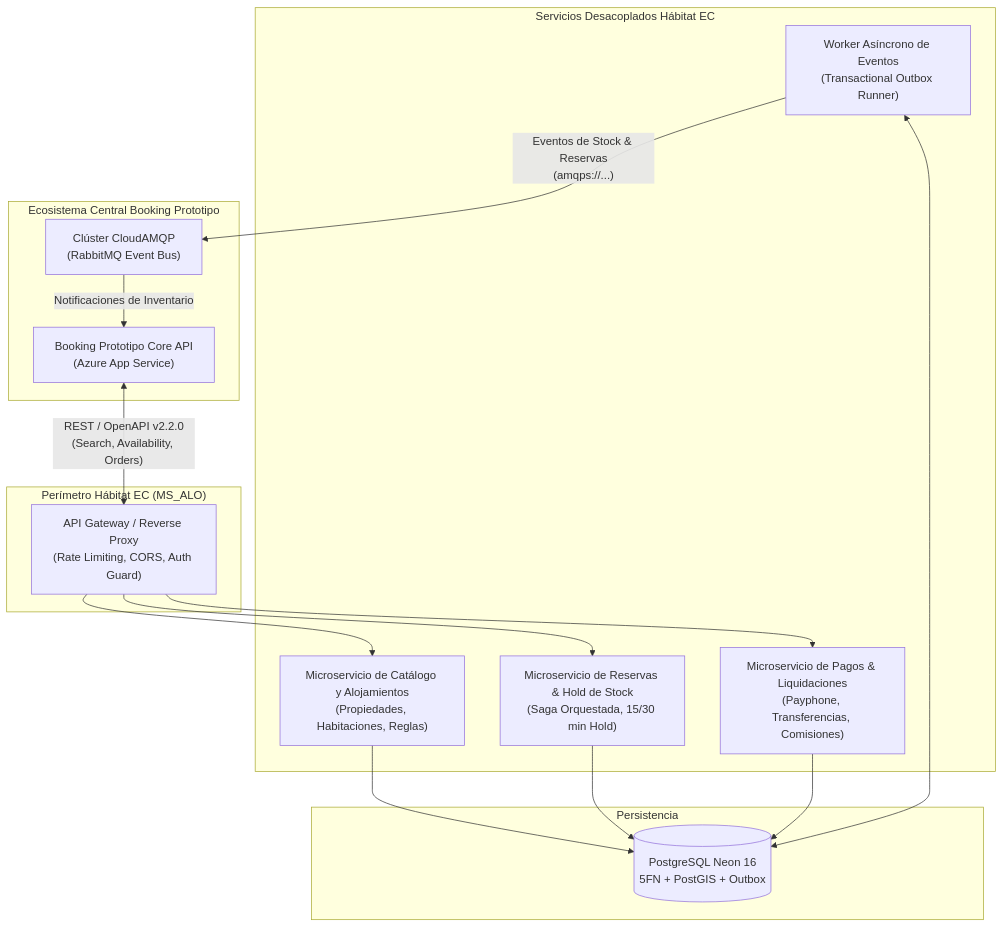
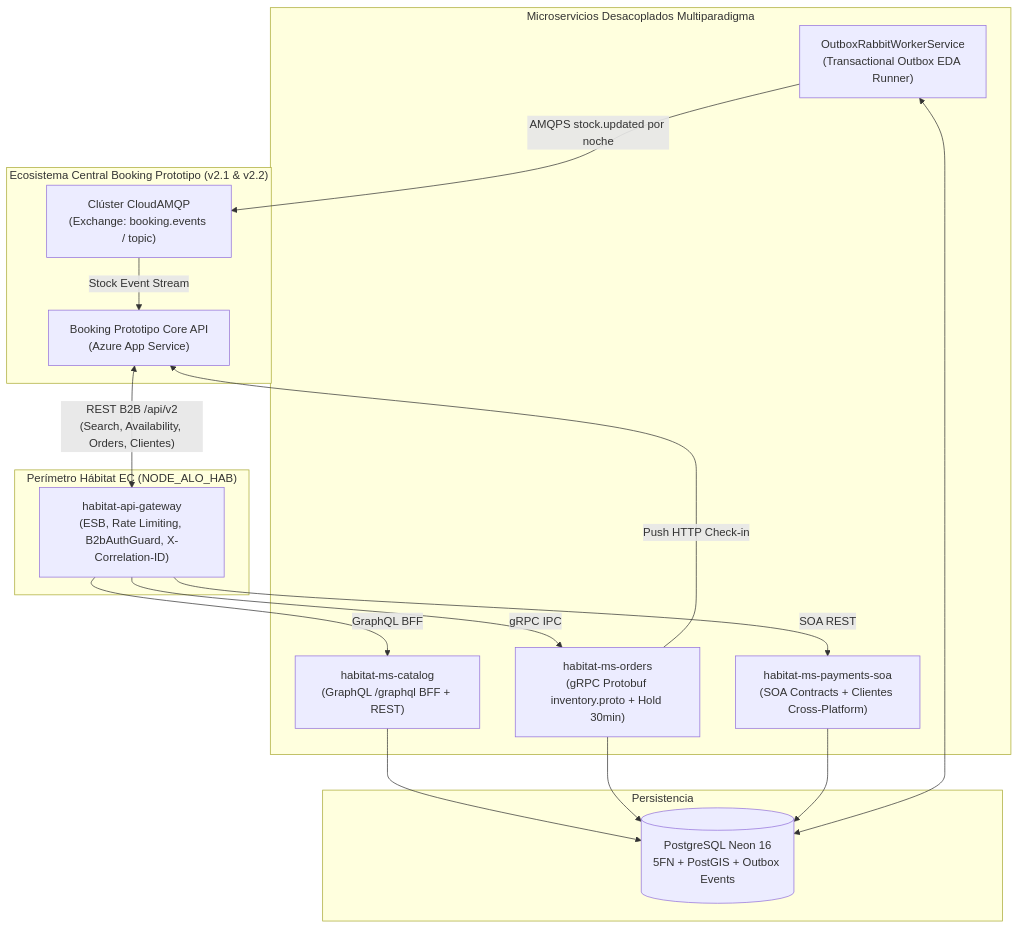
The second of 2 diagrams in docs/Roadmap_Habitat_EC.md (JArguelloC/habitat-ec), drawn with Mermaid before and after one commit. The commit also changed other lines of this file, not shown here.

Commit message:
docs(roadmap): update Reto 2 status to 100% certified with all B2B microservices and Azure deployment

````diff
--- a/docs/Roadmap_Habitat_EC.md
+++ b/docs/Roadmap_Habitat_EC.md
@@ -78,35 +79,36 @@
 ```mermaid
 flowchart TD
-    subgraph Central ["Ecosistema Central Booking Prototipo"]
+    subgraph Central ["Ecosistema Central Booking Prototipo (v2.1 & v2.2)"]
         BookingCore["Booking Prototipo Core API<br/>(Azure App Service)"]
-        CloudAMQP["Clúster CloudAMQP<br/>(RabbitMQ Event Bus)"]
+        CloudAMQP["Clúster CloudAMQP<br/>(Exchange: booking.events / topic)"]
     end
 
-    subgraph Perimetro ["Perímetro Hábitat EC (MS_ALO)"]
-        APIGW["API Gateway / Reverse Proxy<br/>(Rate Limiting, CORS, Auth Guard)"]
+    subgraph Perimetro ["Perímetro Hábitat EC (NODE_ALO_HAB)"]
+        APIGW["habitat-api-gateway<br/>(ESB, Rate Limiting, B2bAuthGuard, X-Correlation-ID)"]
     end
 
-    subgraph Microservicios ["Servicios Desacoplados Hábitat EC"]
-        MS_Catalog["Microservicio de Catálogo y Alojamientos<br/>(Propiedades, Habitaciones, Reglas)"]
-        MS_Orders["Microservicio de Reservas & Hold de Stock<br/>(Saga Orquestada, 15/30 min Hold)"]
-        MS_Payments["Microservicio de Pagos & Liquidaciones<br/>(Payphone, Transferencias, Comisiones)"]
-        WorkerOutbox["Worker Asíncrono de Eventos<br/>(Transactional Outbox Runner)"]
+    subgraph Microservicios ["Microservicios Desacoplados Multiparadigma"]
+        MS_Catalog["habitat-ms-catalog<br/>(GraphQL /graphql BFF + REST)"]
+        MS_Orders["habitat-ms-orders<br/>(gRPC Protobuf inventory.proto + Hold 30min)"]
+        MS_Payments["habitat-ms-payments-soa<br/>(SOA Contracts + Clientes Cross-Platform)"]
+        WorkerOutbox["OutboxRabbitWorkerService<br/>(Transactional Outbox EDA Runner)"]
     end
 
     subgraph Storage ["Persistencia"]
-        DB_Neon[(PostgreSQL Neon 16<br/>5FN + PostGIS + Outbox)]
+        DB_Neon[(PostgreSQL Neon 16<br/>5FN + PostGIS + Outbox Events)]
     end
 
-    BookingCore <-->|"REST / OpenAPI v2.2.0<br/>(Search, Availability, Orders)"| APIGW
-    APIGW --> MS_Catalog
-    APIGW --> MS_Orders
-    APIGW --> MS_Payments
+    BookingCore <-->|"REST B2B /api/v2<br/>(Search, Availability, Orders, Clientes)"| APIGW
+    APIGW -->|"GraphQL BFF"| MS_Catalog
+    APIGW -->|"gRPC IPC"| MS_Orders
+    APIGW -->|"SOA REST"| MS_Payments
 
     MS_Catalog --> DB_Neon
     MS_Orders --> DB_Neon
     MS_Payments --> DB_Neon
     WorkerOutbox <--> DB_Neon
 
-    WorkerOutbox -->|"Eventos de Stock & Reservas<br/>(amqps://...)"| CloudAMQP
-    CloudAMQP -->|"Notificaciones de Inventario"| BookingCore
+    WorkerOutbox -->|"AMQPS stock.updated por noche"| CloudAMQP
+    CloudAMQP -->|"Stock Event Stream"| BookingCore
+    MS_Orders -->|"Push HTTP Check-in"| BookingCore
 ```
````
